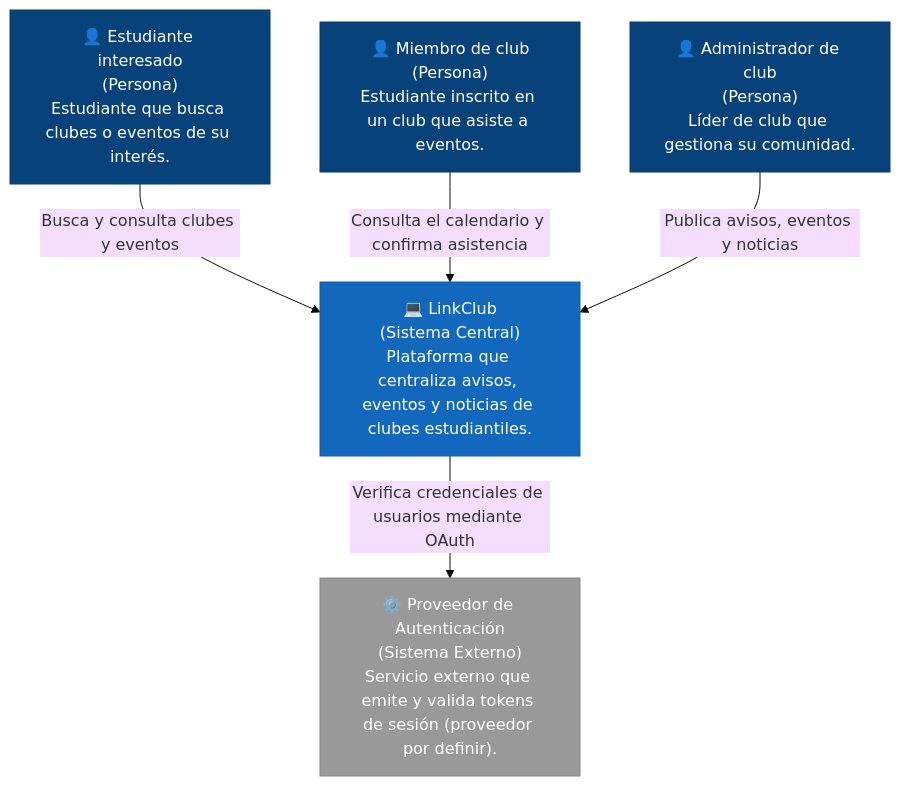
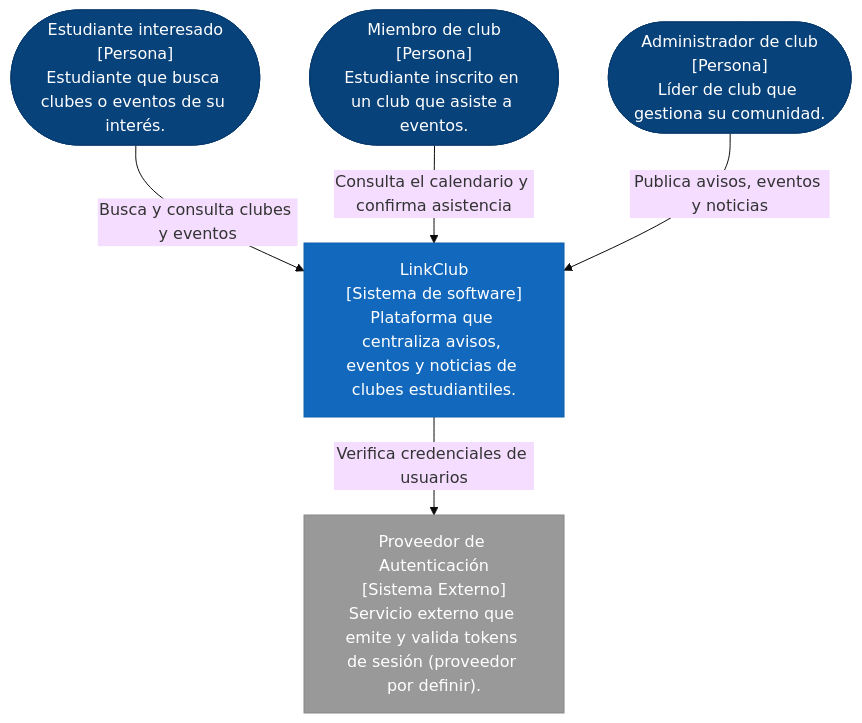
The first of 2 diagrams in docs/c4/contexto.md (ISCOUTB/AS_202620_Clubs_UTB), drawn with Mermaid (base theme) before and after one commit. The commit also changed other lines of this file, not shown here.

First line of the commit message:
Revise context diagrams for LinkClub

````diff
--- a/docs/c4/contexto.md
+++ b/docs/c4/contexto.md
@@ -3,22 +3,19 @@
 ```mermaid
 graph TD
-    %% Estilos visuales basados en el estándar C4
     classDef persona fill:#08427B,stroke:#073B6F,color:#fff;
     classDef sistema fill:#1168BD,stroke:#105EAB,color:#fff;
     classDef externo fill:#999999,stroke:#888888,color:#fff;
 
-    %% Elementos (Personas y Sistemas)
-    EI["👤 Estudiante interesado<br/>(Persona)<br/>Estudiante que busca clubes o eventos de su interés."]:::persona
-    MC["👤 Miembro de club<br/>(Persona)<br/>Estudiante inscrito en un club que asiste a eventos."]:::persona
-    AC["👤 Administrador de club<br/>(Persona)<br/>Líder de club que gestiona su comunidad."]:::persona
-    
-    SYS["💻 LinkClub<br/>(Sistema Central)<br/>Plataforma que centraliza avisos, eventos y noticias de clubes estudiantiles."]:::sistema
-    
-     SAE["⚙️ Proveedor de Autenticación<br/>(Sistema Externo)<br/>Servicio externo que emite y valida tokens de sesión (proveedor por definir)."]:::externo
+    EI(["Estudiante interesado<br/>[Persona]<br/>Estudiante que busca clubes o eventos de su interés."]):::persona
+    MC(["Miembro de club<br/>[Persona]<br/>Estudiante inscrito en un club que asiste a eventos."]):::persona
+    AC(["Administrador de club<br/>[Persona]<br/>Líder de club que gestiona su comunidad."]):::persona
 
-    %% Relaciones e Interacciones
+    SYS["LinkClub<br/>[Sistema de software]<br/>Plataforma que centraliza avisos, eventos y noticias de clubes estudiantiles."]:::sistema
+
+    SAE["Proveedor de Autenticación<br/>[Sistema Externo]<br/>Servicio externo que emite y valida tokens de sesión (proveedor por definir)."]:::externo
+
     EI -->|Busca y consulta clubes y eventos| SYS
     MC -->|Consulta el calendario y confirma asistencia| SYS
     AC -->|Publica avisos, eventos y noticias| SYS
-    SYS -->|Verifica credenciales de usuarios mediante OAuth| SAE
+    SYS -->|Verifica credenciales de usuarios| SAE
 ```
````
